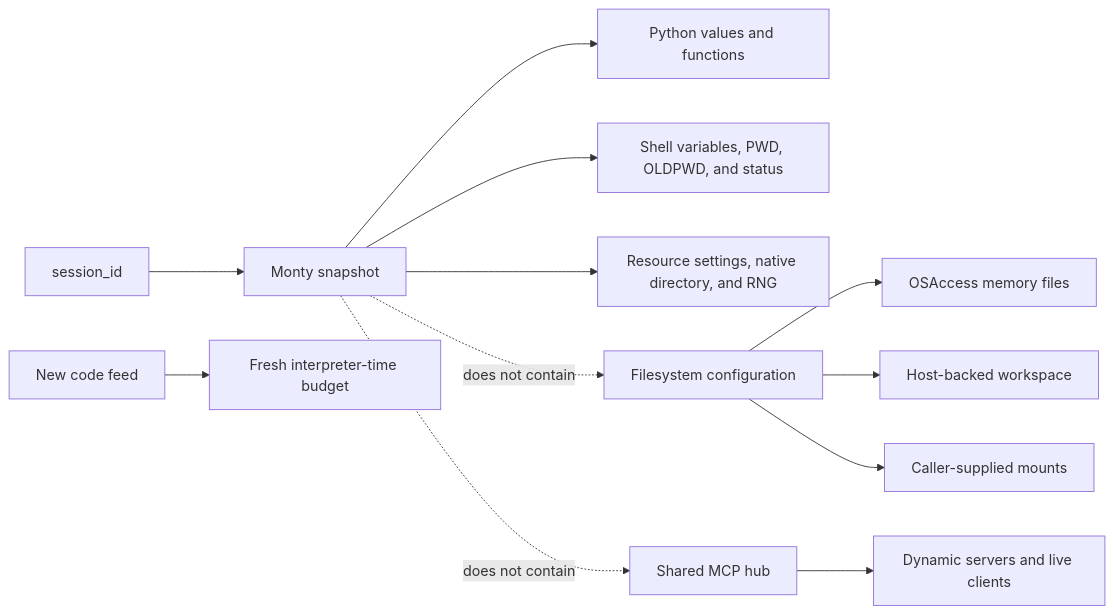
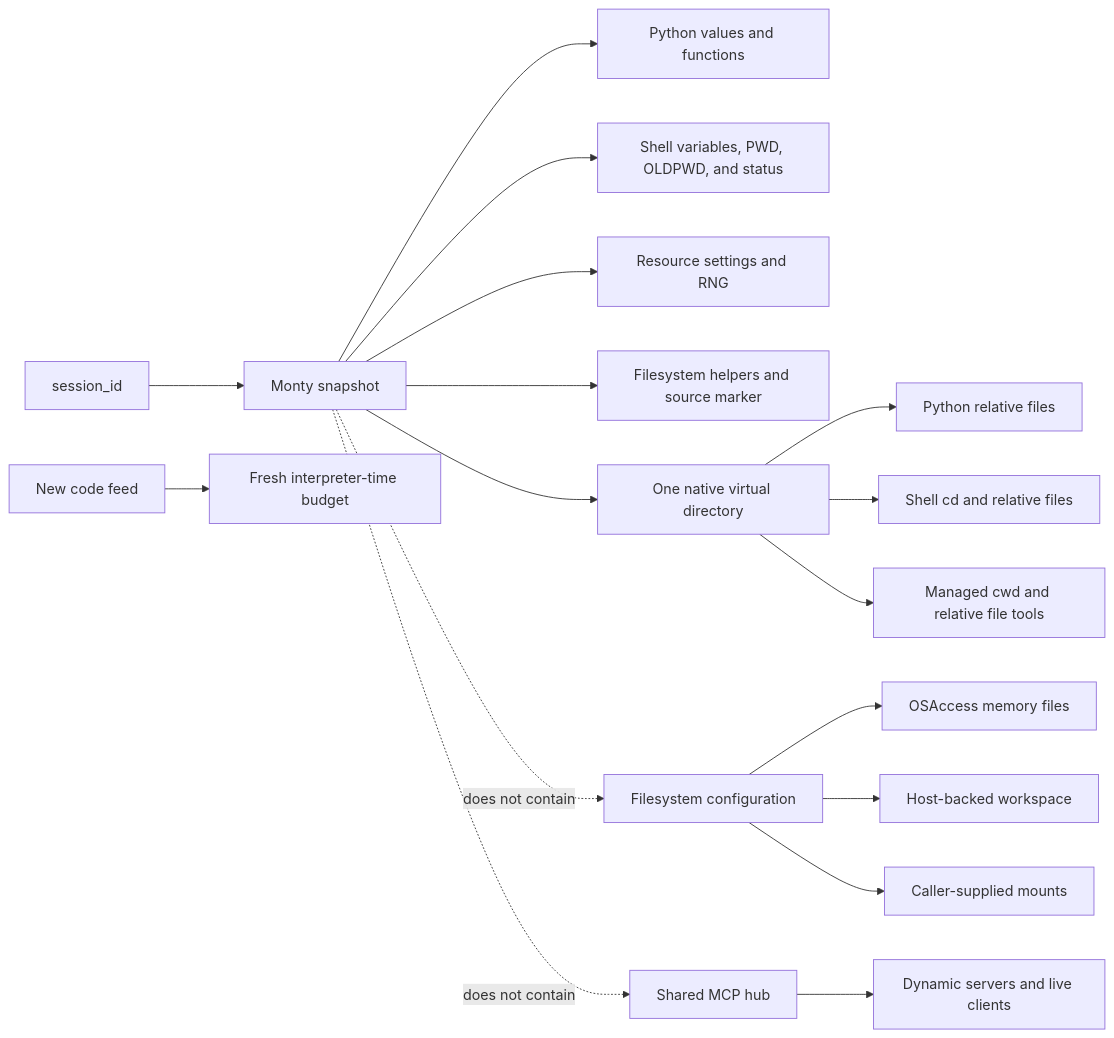
The third of 6 diagrams in docs/architecture.md (sgaseretto/arenero), drawn with Mermaid before and after one commit. The commit also changed other lines of this file and 26 other files, not shown here.

````diff
--- a/docs/architecture.md
+++ b/docs/architecture.md
@@ -214,16 +231,21 @@
 ```mermaid
 flowchart LR
     SessionID["session_id"] --> Snapshot["Monty snapshot"]
     Snapshot --> PythonState["Python values and functions"]
     Snapshot --> ShellState["Shell variables, PWD, OLDPWD, and status"]
-    Snapshot --> Config["Resource settings, native directory, and RNG"]
+    Snapshot --> Config["Resource settings and RNG"]
+    Snapshot --> Helpers["Filesystem helpers and source marker"]
+    Snapshot --> Directory["One native virtual directory"]
+    Directory --> PythonPaths["Python relative files"]
+    Directory --> ShellPaths["Shell cd and relative files"]
+    Directory --> ManagedPaths["Managed cwd and relative file tools"]
     Feed["New code feed"] --> Budget["Fresh interpreter-time budget"]
 
     FileConfig["Filesystem configuration"] --> MemoryFiles["OSAccess memory files"]
     FileConfig --> Workspace["Host-backed workspace"]
     FileConfig --> Mounts["Caller-supplied mounts"]
     Hub["Shared MCP hub"] --> Registry["Dynamic servers and live clients"]
 
     Snapshot -. does not contain .-> FileConfig
     Snapshot -. does not contain .-> Hub
 ```
````
